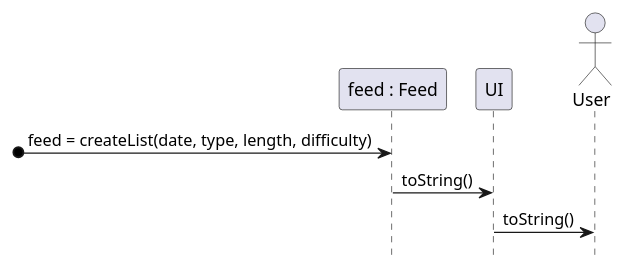
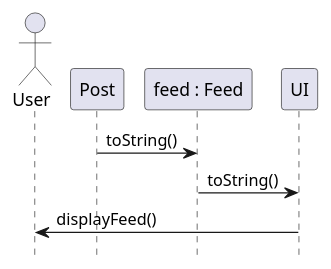
One commit to arun-guruswamy/workout-networking changed the fourth of 5 diagrams in doc/design.md. Above: the diagram before and after it, drawn with PlantUML. The commit also changed other lines of this file and 1 other file, not shown here.

````diff
--- a/doc/design.md
+++ b/doc/design.md
@@ -85,14 +91,16 @@
 ```plantuml 
 @startuml
 hide footbox
+actor "User" as user 
+participant "Post" as post
 participant "feed : Feed" as feed
 participant "UI" as ui
-actor "User" as user 
 
 
-[o-> feed : feed = createList(date, type, length, difficulty) 
+
+post -> feed : toString()
 feed -> ui : toString()
-ui -> user : toString()
+ui -> user : displayFeed()
 
 @enduml
 ```
````
